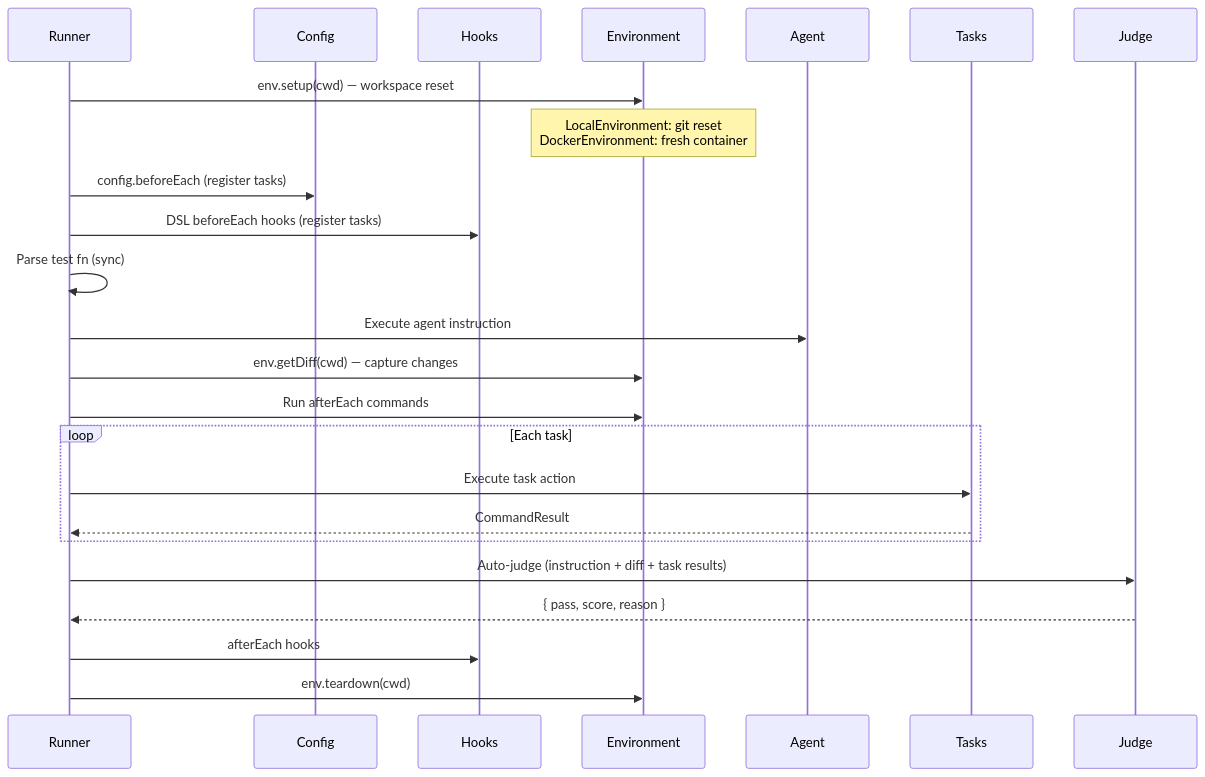
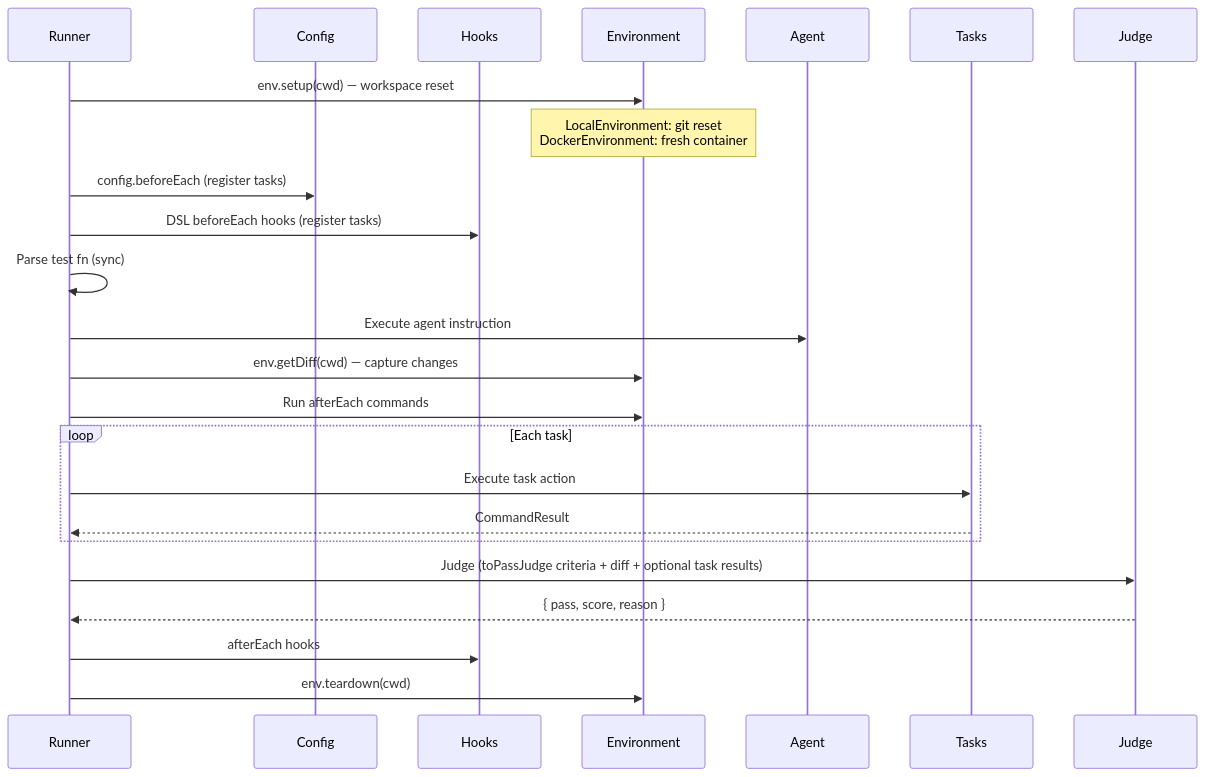
Before and after one commit to Tlahey/agent-eval: the second of 3 diagrams in apps/docs/guide/declarative-pipeline.md, drawn with Mermaid. The commit also changed other lines of this file and 17 other files, not shown here.

First line of the commit message:
feat(judge): require explicit toPassJudge criteria in declarative mode

````diff
--- a/apps/docs/guide/declarative-pipeline.md
+++ b/apps/docs/guide/declarative-pipeline.md
@@ -138,27 +149,27 @@
 ```mermaid
 sequenceDiagram
   participant R as Runner
   participant C as Config
   participant H as Hooks
   participant E as Environment
   participant A as Agent
   participant T as Tasks
   participant J as Judge
 
   R->>E: env.setup(cwd) — workspace reset
   Note over E: LocalEnvironment: git reset<br/>DockerEnvironment: fresh container
   R->>C: config.beforeEach (register tasks)
   R->>H: DSL beforeEach hooks (register tasks)
   R->>R: Parse test fn (sync)
   R->>A: Execute agent instruction
   R->>E: env.getDiff(cwd) — capture changes
   R->>E: Run afterEach commands
   loop Each task
     R->>T: Execute task action
     T-->>R: CommandResult
   end
-  R->>J: Auto-judge (instruction + diff + task results)
+  R->>J: Judge (toPassJudge criteria + diff + optional task results)
   J-->>R: { pass, score, reason }
   R->>H: afterEach hooks
   R->>E: env.teardown(cwd)
 ```
````
